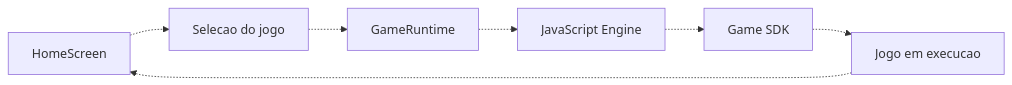
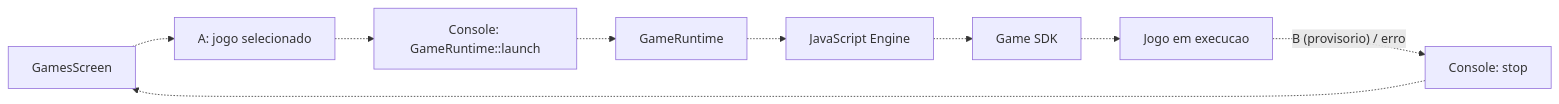
The third of 3 diagrams in README.md (AlisonSimiao/micro-console), drawn with Mermaid before and after one commit. The commit also changed other lines of this file and 5 other files, not shown here.

First line of the commit message:
docs: especifica o GameRuntime e registra ADR-0006

````diff
--- a/README.md
+++ b/README.md
@@ -118,9 +130,11 @@
 ```mermaid
 flowchart LR
-    A["HomeScreen"] -.-> B["Selecao do jogo"]
-    B -.-> C["GameRuntime"]
-    C -.-> D["JavaScript Engine"]
-    D -.-> E["Game SDK"]
-    E -.-> F["Jogo em execucao"]
-    F -.-> A
+    A["GamesScreen"] -.-> B["A: jogo selecionado"]
+    B -.-> C["Console: GameRuntime::launch"]
+    C -.-> D["GameRuntime"]
+    D -.-> E["JavaScript Engine"]
+    E -.-> F["Game SDK"]
+    F -.-> G["Jogo em execucao"]
+    G -.->|"B (provisorio) / erro"| H["Console: stop"]
+    H -.-> A
 ```
````
